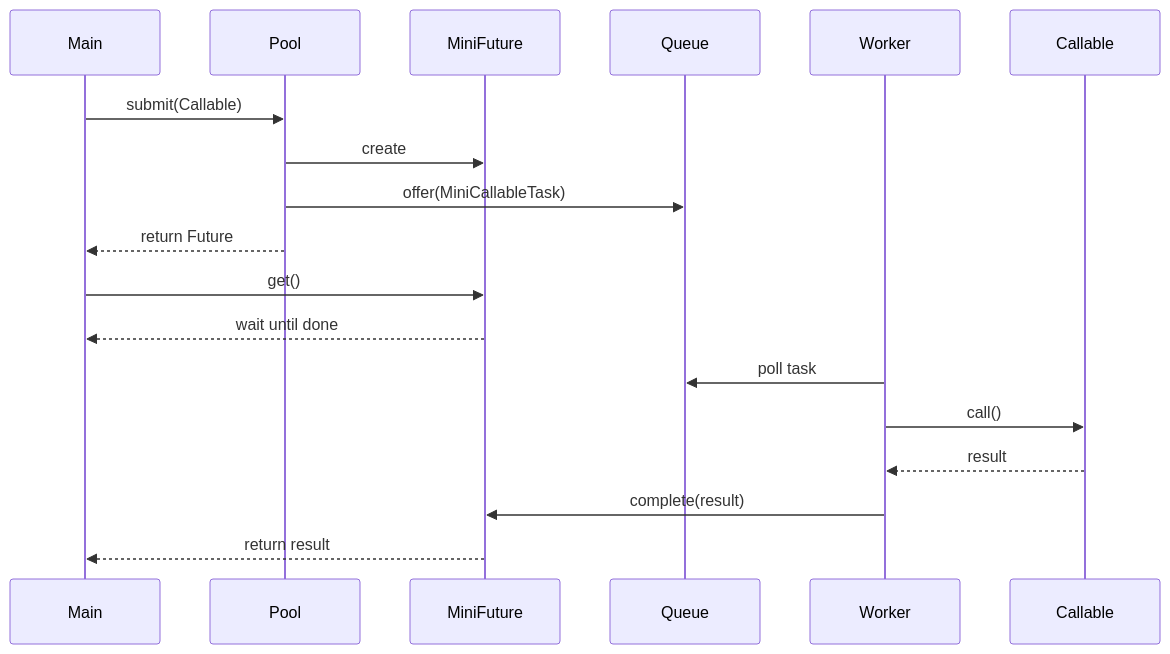
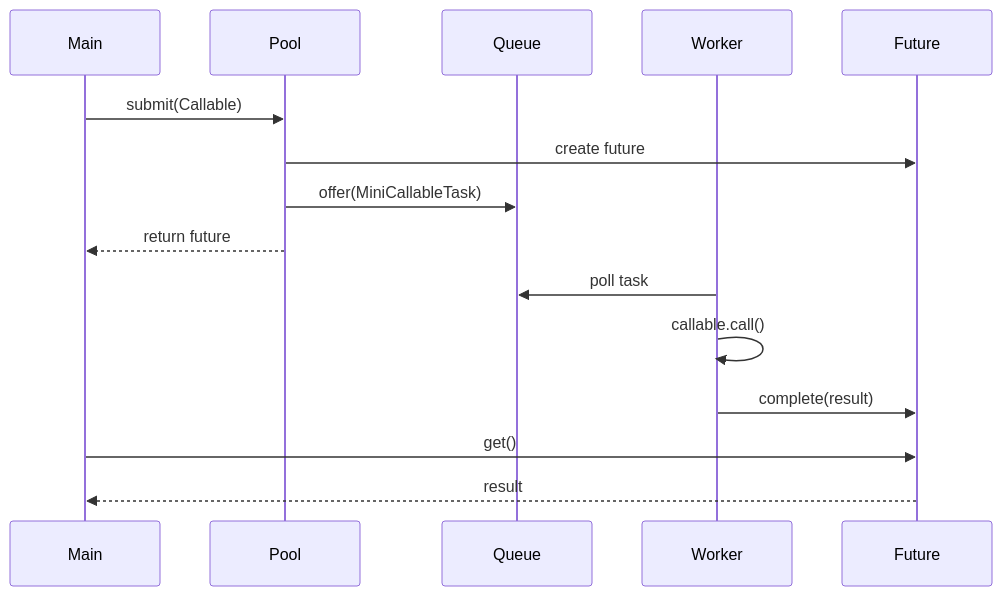
Before and after one commit to mthaiseer/springcloud-systemdesign-notes: the sixth of 8 diagrams in HLD_NOTES/006_MINI_PROJECTS/001_ThreadPool.md, drawn with Mermaid. The commit also changed other lines of this file and 2 other files, not shown here.

````diff
--- a/HLD_NOTES/006_MINI_PROJECTS/001_ThreadPool.md
+++ b/HLD_NOTES/006_MINI_PROJECTS/001_ThreadPool.md
@@ -1455,21 +2001,18 @@
 ```mermaid
 sequenceDiagram
     participant Main
     participant Pool
-    participant Future as MiniFuture
     participant Queue
     participant Worker
-    participant Callable
+    participant Future
 
     Main->>Pool: submit(Callable)
-    Pool->>Future: create
+    Pool->>Future: create future
     Pool->>Queue: offer(MiniCallableTask)
-    Pool-->>Main: return Future
+    Pool-->>Main: return future
+    Worker->>Queue: poll task
+    Worker->>Worker: callable.call()
+    Worker->>Future: complete(result)
     Main->>Future: get()
-    Future-->>Main: wait until done
-    Worker->>Queue: poll task
-    Worker->>Callable: call()
-    Callable-->>Worker: result
-    Worker->>Future: complete(result)
-    Future-->>Main: return result
+    Future-->>Main: result
 ```
````
